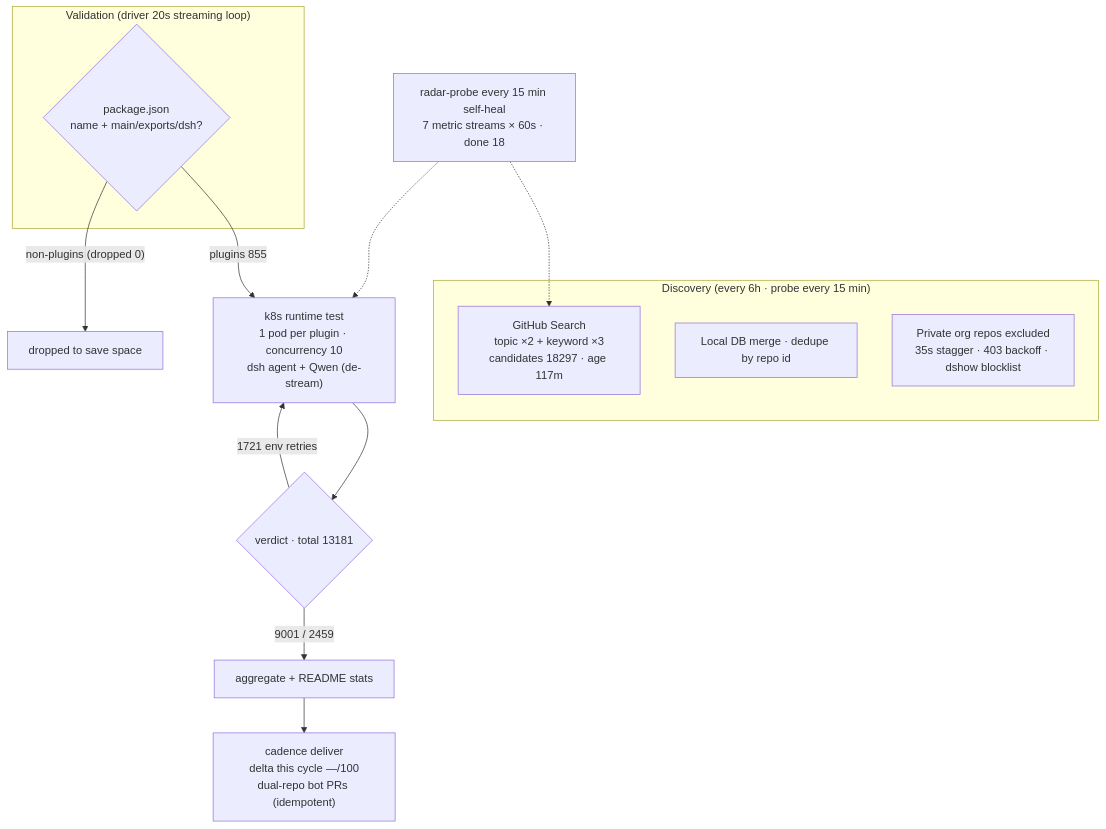
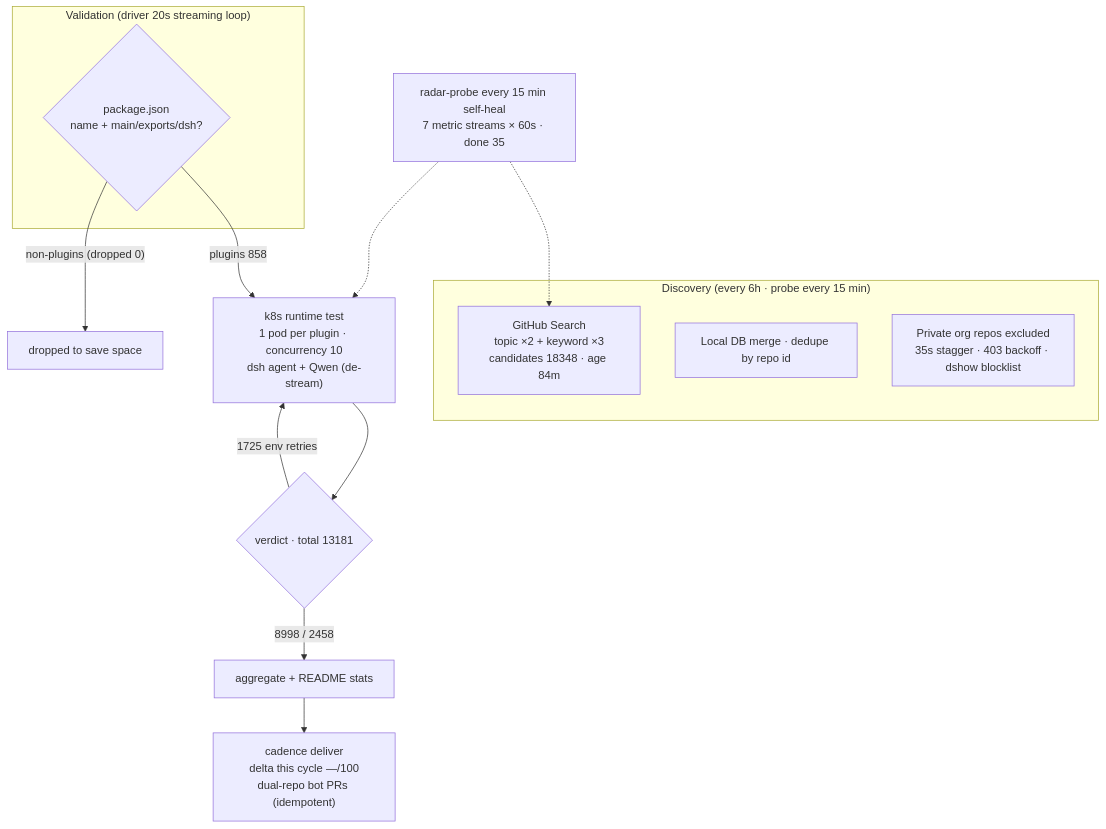
Before and after one commit to AdamPlatin123/awesome-dsh-plugins: the diagram in README.en-US.md, drawn with Mermaid. The commit also changed other lines of this file and 15 other files, not shown here.

````diff
--- a/README.en-US.md
+++ b/README.en-US.md
@@ -45,20 +45,20 @@
 ```mermaid
 flowchart TB
     subgraph Discovery["Discovery (every 6h · probe every 15 min)"]
-        A1["GitHub Search<br/>topic ×2 + keyword ×3<br/>candidates 18297 · age 117m"]
+        A1["GitHub Search<br/>topic ×2 + keyword ×3<br/>candidates 18348 · age 84m"]
         A2["Local DB merge · dedupe by repo id"]
         A3["Private org repos excluded<br/>35s stagger · 403 backoff · dshow blocklist"]
     end
     subgraph Validation["Validation (driver 20s streaming loop)"]
         B1{"package.json<br/>name + main/exports/dsh?"}
     end
-    B1 -->|"plugins 855"| C1["k8s runtime test<br/>1 pod per plugin · concurrency 10<br/>dsh agent + Qwen (de-stream)"]
+    B1 -->|"plugins 858"| C1["k8s runtime test<br/>1 pod per plugin · concurrency 10<br/>dsh agent + Qwen (de-stream)"]
     B1 -->|"non-plugins (dropped 0)"| B3["dropped to save space"]
     C1 --> D1{"verdict · total 13181"}
-    D1 -->|"9001 / 2459"| E1["aggregate + README stats"]
-    D1 -->|"1721 env retries"| C1
+    D1 -->|"8998 / 2458"| E1["aggregate + README stats"]
+    D1 -->|"1725 env retries"| C1
     E1 --> E2["cadence deliver<br/>delta this cycle —/100<br/>dual-repo bot PRs (idempotent)"]
-    M["radar-probe every 15 min self-heal<br/>7 metric streams × 60s · done 18"]
+    M["radar-probe every 15 min self-heal<br/>7 metric streams × 60s · done 35"]
     M -.-> A1
     M -.-> C1
 ```
````
